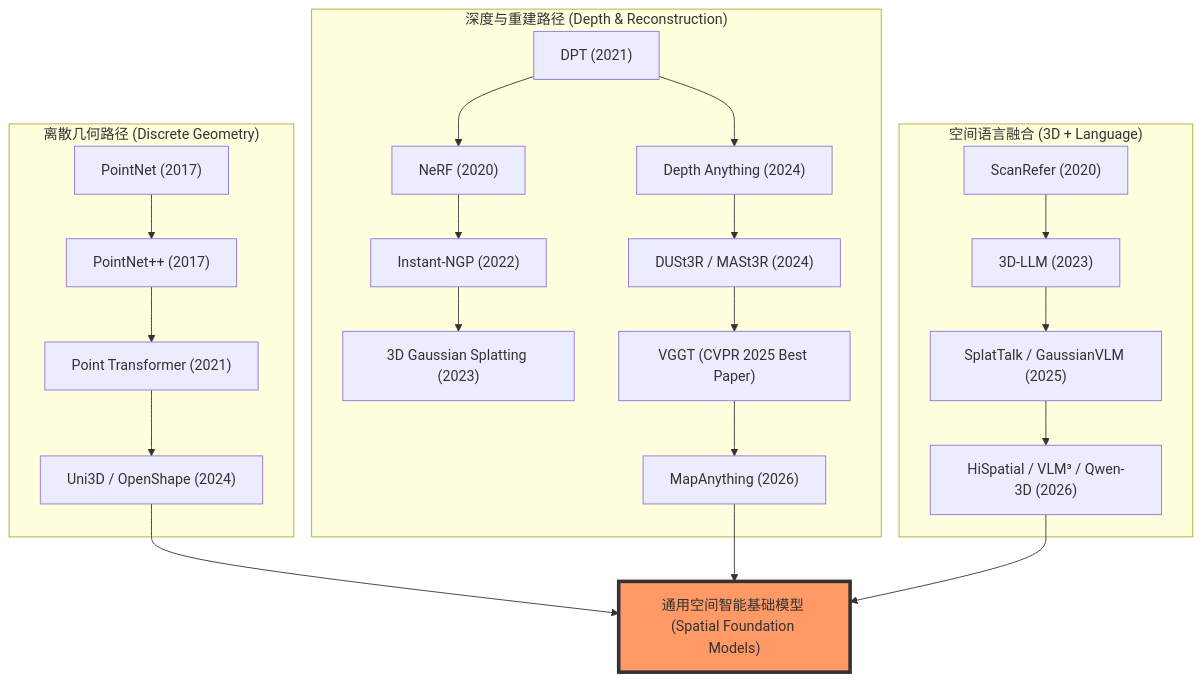
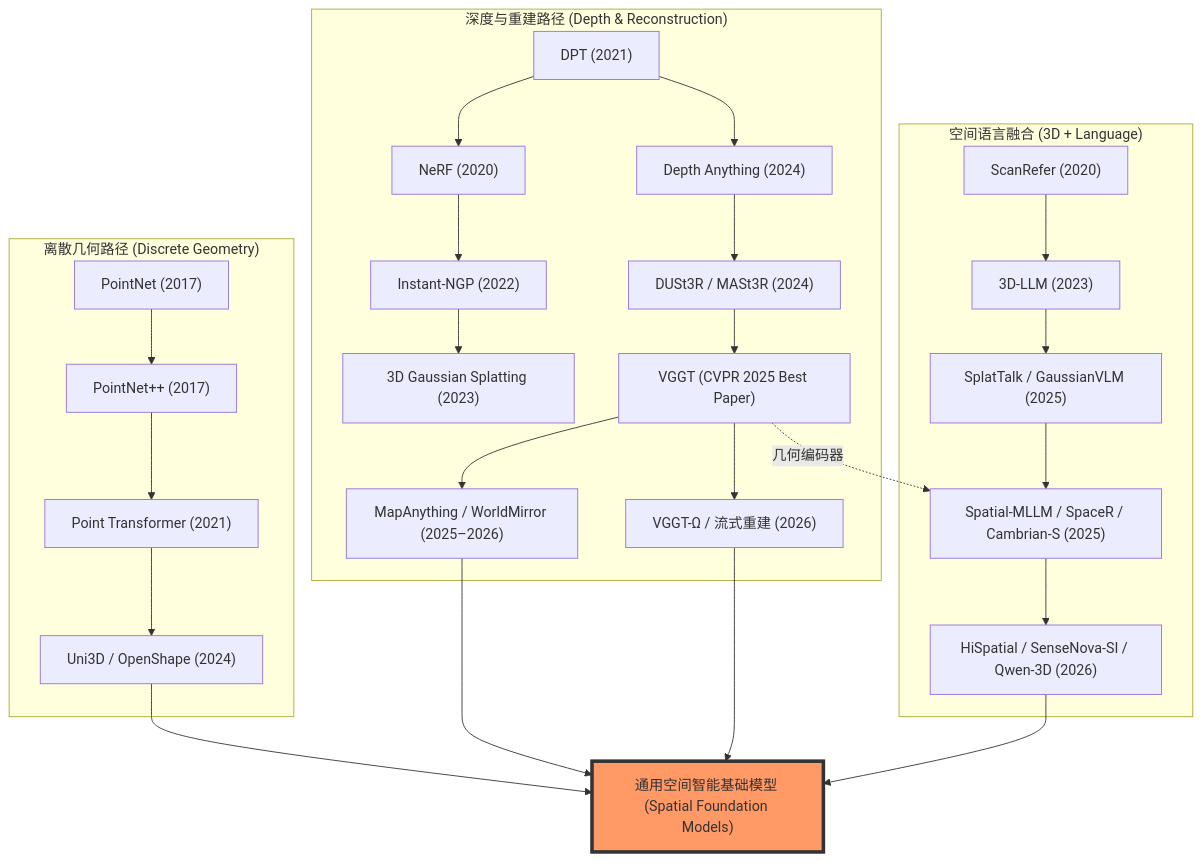
Before and after one commit to TingdeLiu/tingdeliu.github.io: the first of 3 diagrams in _posts/research/2026-04-29-Spatial-Intelligence-Survey.md, drawn with Mermaid. The commit also changed other lines of this file and 15 other files, not shown here.

````diff
--- a/_posts/research/2026-04-29-Spatial-Intelligence-Survey.md
+++ b/_posts/research/2026-04-29-Spatial-Intelligence-Survey.md
@@ -87,32 +88,37 @@
 ```mermaid
 graph TD
     %% 路径 1: 点云/离散几何
     subgraph Path_Point ["离散几何路径 (Discrete Geometry)"]
         P1["PointNet (2017)"] --> P2["PointNet++ (2017)"]
         P2 --> P3["Point Transformer (2021)"]
         P3 --> P4["Uni3D / OpenShape (2024)"]
     end
 
     %% 路径 2: 深度/重建
     subgraph Path_Recon ["深度与重建路径 (Depth & Reconstruction)"]
         R1["DPT (2021)"] --> R2["Depth Anything (2024)"]
         R1 --> R3["NeRF (2020)"]
         R3 --> R4["Instant-NGP (2022)"]
         R4 --> R5["3D Gaussian Splatting (2023)"]
         R2 --> R6["DUSt3R / MASt3R (2024)"]
         R6 --> R7["VGGT (CVPR 2025 Best Paper)"]
-        R7 --> R8["MapAnything (2026)"]
+        R7 --> R8["MapAnything / WorldMirror (2025–2026)"]
+        R7 --> R9["VGGT-Ω / 流式重建 (2026)"]
     end
 
     %% 路径 3: 空间语言模型
     subgraph Path_Lang ["空间语言融合 (3D + Language)"]
         L1["ScanRefer (2020)"] --> L2["3D-LLM (2023)"]
         L2 --> L3["SplatTalk / GaussianVLM (2025)"]
-        L3 --> L4["HiSpatial / VLM³ / Qwen-3D (2026)"]
+        L3 --> L4["Spatial-MLLM / SpaceR / Cambrian-S (2025)"]
+        L4 --> L5["HiSpatial / SenseNova-SI / Qwen-3D (2026)"]
     end
 
+    %% 几何编码器把重建路径接入语言路径
+    R7 -.->|"几何编码器"| L4
+
     %% 汇聚点
-    P4 & R8 & L4 --> F["通用空间智能基础模型 (Spatial Foundation Models)"]
+    P4 & R8 & R9 & L5 --> F["通用空间智能基础模型 (Spatial Foundation Models)"]
 
     style F fill:#f96,stroke:#333,stroke-width:4px
 ```
````
